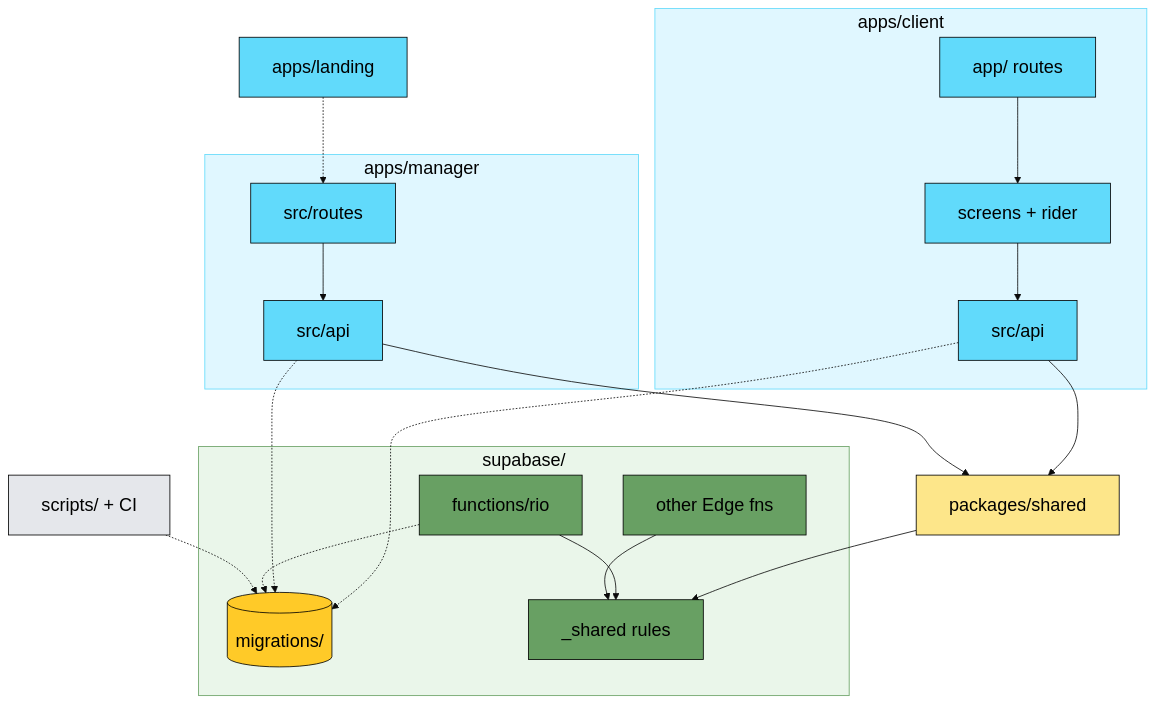
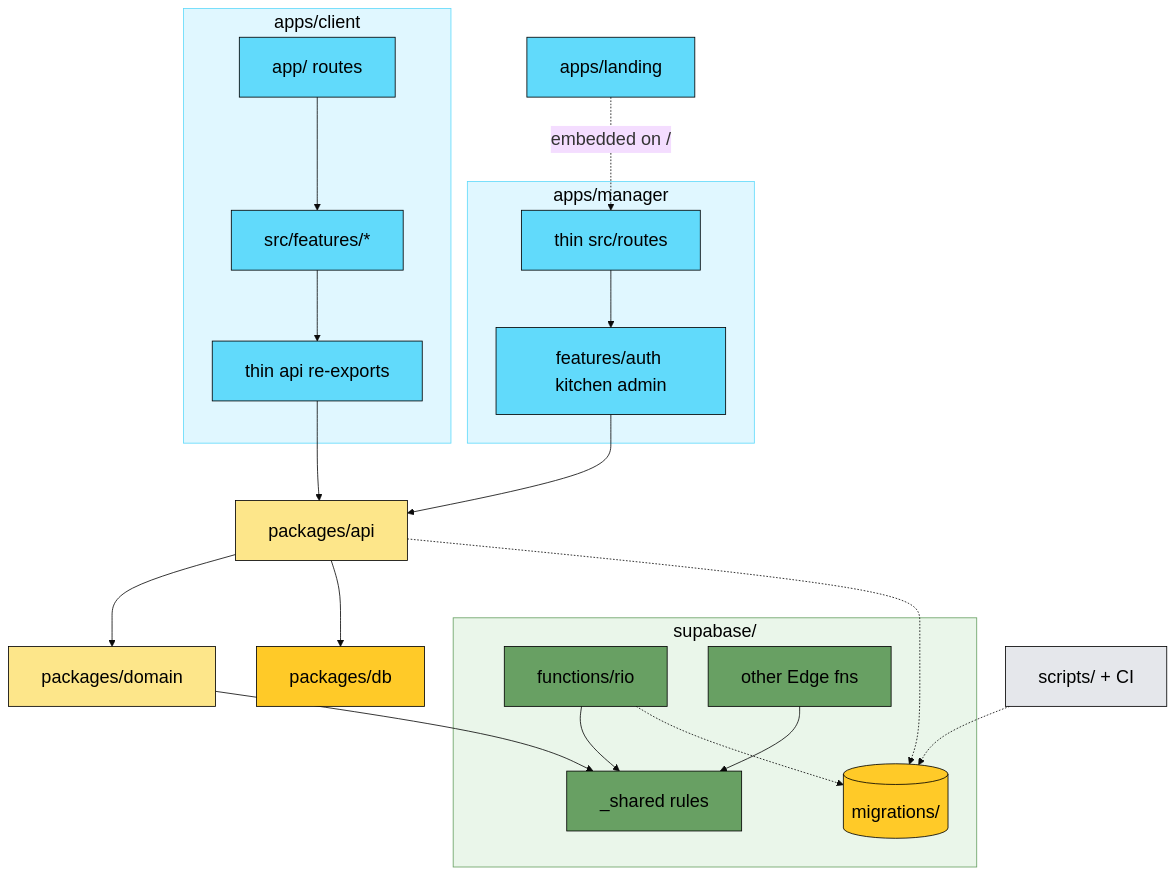
One commit to sanketrotangar-sji/quickbite-food-delivery-app changed the fifth of 5 diagrams in docs/architecture.md. Above: the diagram before and after it, drawn with Mermaid. The commit also changed other lines of this file and 621 other files, not shown here.

````diff
--- a/docs/architecture.md
+++ b/docs/architecture.md
@@ -229,53 +231,56 @@
 ```mermaid
 %%{init: {
   "theme": "base",
   "themeVariables": { "fontSize": "22px", "fontFamily": "Arial" },
   "flowchart": { "useMaxWidth": false, "nodeSpacing": 50, "rankSpacing": 70, "padding": 20 }
 }}%%
 graph TD
   classDef frontend fill:#61DAFB,stroke:#000,color:#000
   classDef backend fill:#68A063,stroke:#000,color:#000
   classDef db fill:#FFCA28,stroke:#000,color:#000
   classDef shared fill:#FDE68A,stroke:#000,color:#000
   classDef tooling fill:#E5E7EB,stroke:#000,color:#000
 
   subgraph clientG ["apps/client"]
     croutes["app/ routes"]:::frontend
-    screens["screens + rider"]:::frontend
-    capi["src/api"]:::frontend
+    feats["src/features/*"]:::frontend
+    capi["thin api re-exports"]:::frontend
   end
 
   subgraph dashG ["apps/manager"]
-    droutes["src/routes"]:::frontend
-    dapi["src/api"]:::frontend
+    droutes["thin src/routes"]:::frontend
+    mfeats["features/auth kitchen admin"]:::frontend
   end
 
   landing["apps/landing"]:::frontend
-  shared["packages/shared"]:::shared
+  domain["packages/domain"]:::shared
+  dbpkg["packages/db"]:::db
+  apipkg["packages/api"]:::shared
 
   subgraph sb ["supabase/"]
     mig[("migrations/")]:::db
     riofn["functions/rio"]:::backend
     edges["other Edge fns"]:::backend
     eshared["_shared rules"]:::backend
   end
 
   scripts["scripts/ + CI"]:::tooling
 
-  croutes --> screens --> capi
-  droutes --> dapi
-  landing -.-> droutes
-  capi --> shared
-  dapi --> shared
-  shared --> eshared
+  croutes --> feats --> capi
+  droutes --> mfeats
+  landing -.->|embedded on /| droutes
+  capi --> apipkg
+  mfeats --> apipkg
+  apipkg --> domain
+  apipkg --> dbpkg
+  domain --> eshared
   riofn --> eshared
   edges --> eshared
-  capi -.-> mig
-  dapi -.-> mig
+  apipkg -.-> mig
   riofn -.-> mig
   scripts -.-> mig
 
   style clientG fill:#E0F7FF,stroke:#61DAFB,color:#000
   style dashG fill:#E0F7FF,stroke:#61DAFB,color:#000
   style sb fill:#EAF6EA,stroke:#68A063,color:#000
 ```
````
